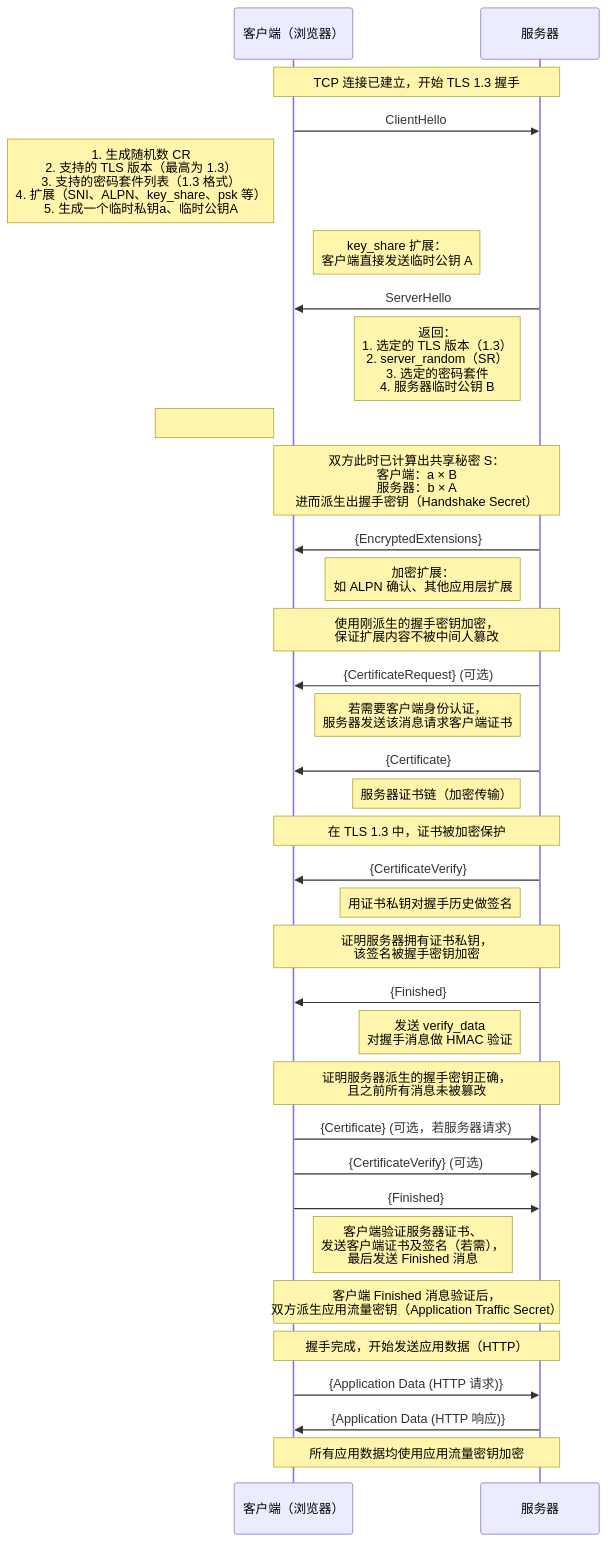
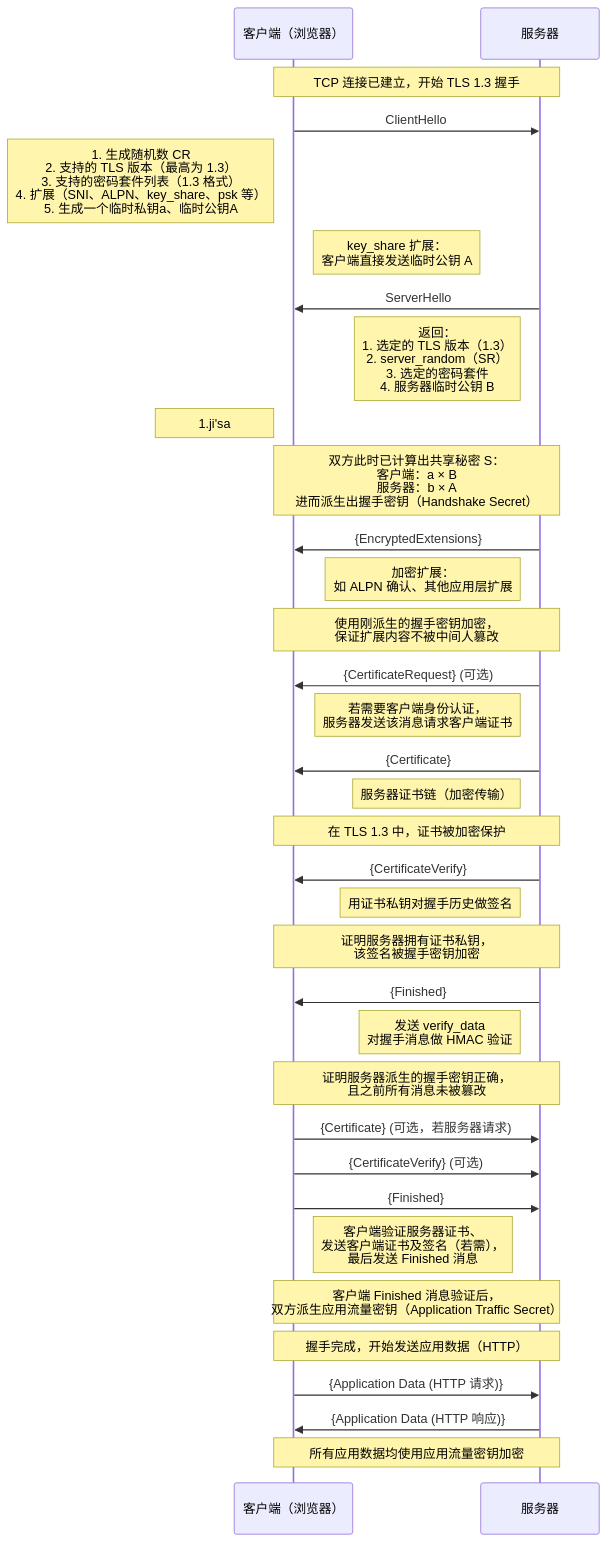
The diagram in all/TLS-1.3.md (HY-10-8/iodraw-files), drawn with Mermaid before and after one commit.

Commit message:
2026-03-30 17:48:04 update

````diff
--- a/all/TLS-1.3.md
+++ b/all/TLS-1.3.md
@@ -1,47 +1,47 @@
 ```mermaid
 sequenceDiagram
     participant C as 客户端（浏览器）
     participant S as 服务器
 
     Note over C,S: TCP 连接已建立，开始 TLS 1.3 握手
 
     C->>S: ClientHello
     Note left of C: 1. 生成随机数 CR<br/> 2. 支持的 TLS 版本（最高为 1.3）<br/> 3. 支持的密码套件列表（1.3 格式）<br/> 4. 扩展（SNI、ALPN、key_share、psk 等）<br/> 5. 生成一个临时私钥a、临时公钥A
     Note right of C: key_share 扩展：<br/> 客户端直接发送临时公钥 A
 
     S->>C: ServerHello
     Note left of S: 返回：<br/> 1. 选定的 TLS 版本（1.3）<br/> 2. server_random（SR）<br/> 3. 选定的密码套件<br/> 4. 服务器临时公钥 B
-    Note left of C: 
+    Note left of C: 1.ji'sa
     Note over C,S: 双方此时已计算出共享秘密 S：<br/> 客户端：a × B<br/> 服务器：b × A<br/> 进而派生出握手密钥（Handshake Secret）
 
     S->>C: {EncryptedExtensions}
     Note left of S: 加密扩展：<br/> 如 ALPN 确认、其他应用层扩展
     Note over C,S: 使用刚派生的握手密钥加密，<br/> 保证扩展内容不被中间人篡改
 
     S->>C: {CertificateRequest} (可选)
     Note left of S: 若需要客户端身份认证，<br/> 服务器发送该消息请求客户端证书
 
     S->>C: {Certificate}
     Note left of S: 服务器证书链（加密传输）
     Note over C,S: 在 TLS 1.3 中，证书被加密保护
 
     S->>C: {CertificateVerify}
     Note left of S: 用证书私钥对握手历史做签名
     Note over C,S: 证明服务器拥有证书私钥，<br/> 该签名被握手密钥加密
 
     S->>C: {Finished}
     Note left of S: 发送 verify_data<br/> 对握手消息做 HMAC 验证
     Note over C,S: 证明服务器派生的握手密钥正确，<br/> 且之前所有消息未被篡改
 
     C->>S: {Certificate} (可选，若服务器请求)
     C->>S: {CertificateVerify} (可选)
     C->>S: {Finished}
     Note right of C: 客户端验证服务器证书、<br/> 发送客户端证书及签名（若需），<br/> 最后发送 Finished 消息
     Note over C,S: 客户端 Finished 消息验证后，<br/> 双方派生应用流量密钥（Application Traffic Secret）
 
     Note over C,S: 握手完成，开始发送应用数据（HTTP）
 
     C->>S: {Application Data (HTTP 请求)}
     S->>C: {Application Data (HTTP 响应)}
     Note over C,S: 所有应用数据均使用应用流量密钥加密
 ```
````
